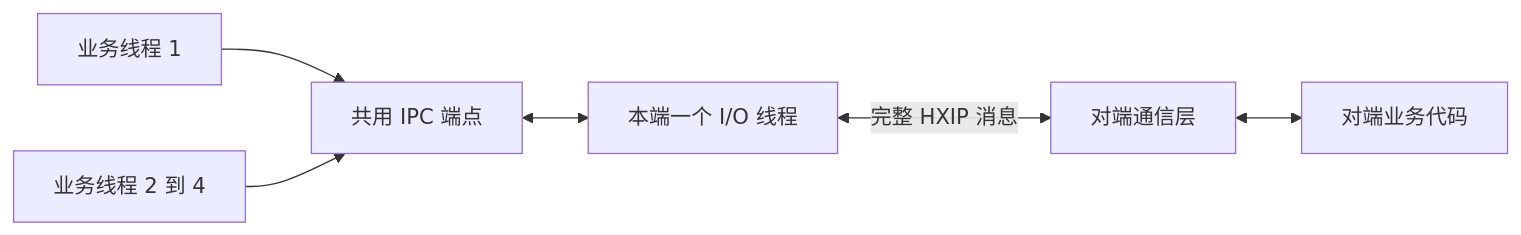
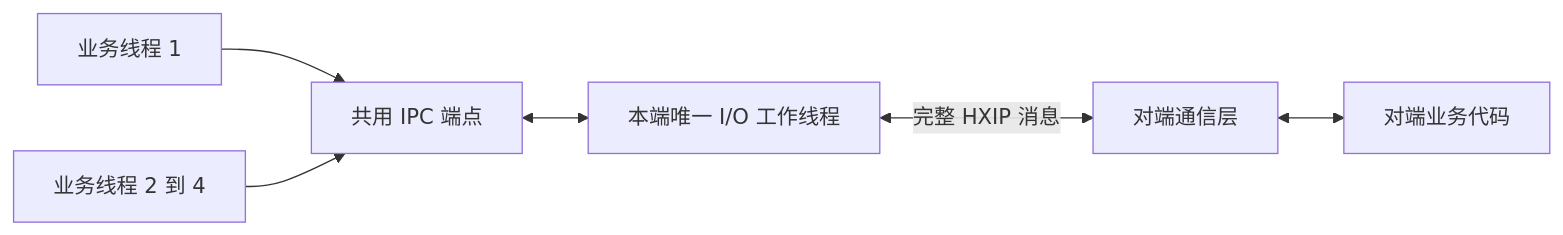
Before and after one commit to HuangX666/hx_c_platform: the first of 2 diagrams in docs/IPC.zh-CN.md, drawn with Mermaid. The commit also changed other lines of this file and 135 other files, not shown here.

````diff
--- a/docs/IPC.zh-CN.md
+++ b/docs/IPC.zh-CN.md
@@ -123,8 +136,8 @@
 ```mermaid
 flowchart LR
     A[业务线程 1] --> C[共用 IPC 端点]
     B[业务线程 2 到 4] --> C
-    C <--> D[本端一个 I/O 线程]
+    C <--> D[本端唯一 I/O 工作线程]
     D <-->|完整 HXIP 消息| E[对端通信层]
     E <--> F[对端业务代码]
 ```
````
